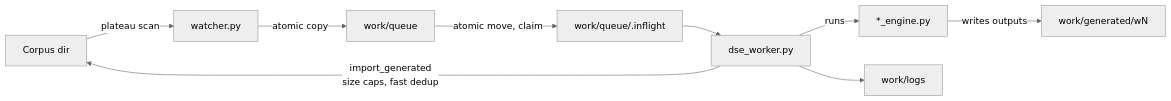
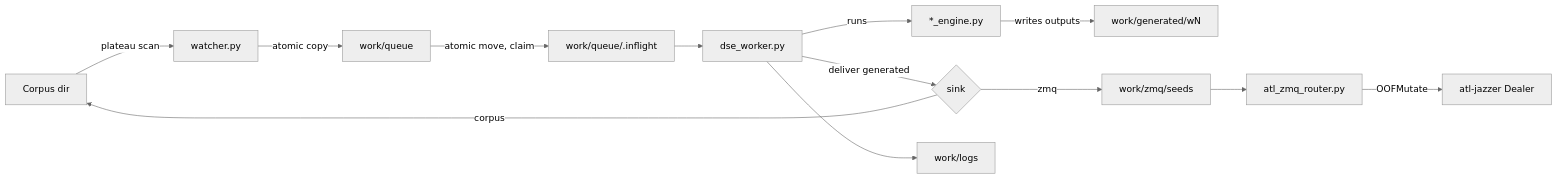
The diagram in README.md (kj2648/java-hybrid), drawn with Mermaid (neutral theme) before and after one commit. The commit also changed other lines of this file and 11 other files, not shown here.

````diff
--- a/README.md
+++ b/README.md
@@ -24,11 +30,15 @@
 ```mermaid
 flowchart LR
   Corpus[Corpus dir] -->|plateau scan| Watcher[watcher.py]
   Watcher -->|atomic copy| Queue[work/queue]
   Queue -->|atomic move, claim| Inflight[work/queue/.inflight]
   Inflight --> Worker[dse_worker.py]
   Worker -->|runs| Engine[*_engine.py]
   Engine -->|writes outputs| OutTmp[work/generated/wN]
-  Worker -->|import_generated<br/>size caps, fast dedup| Corpus
+  Worker -->|deliver generated| Deliver{sink}
+  Deliver -->|zmq| ZmqSeeds[work/zmq/seeds]
+  Deliver -->|corpus| Corpus
+  ZmqSeeds --> Router[atl_zmq_router.py]
+  Router -->|OOFMutate| Fuzzer[atl-jazzer Dealer]
   Worker --> Logs[work/logs]
 ```
````
